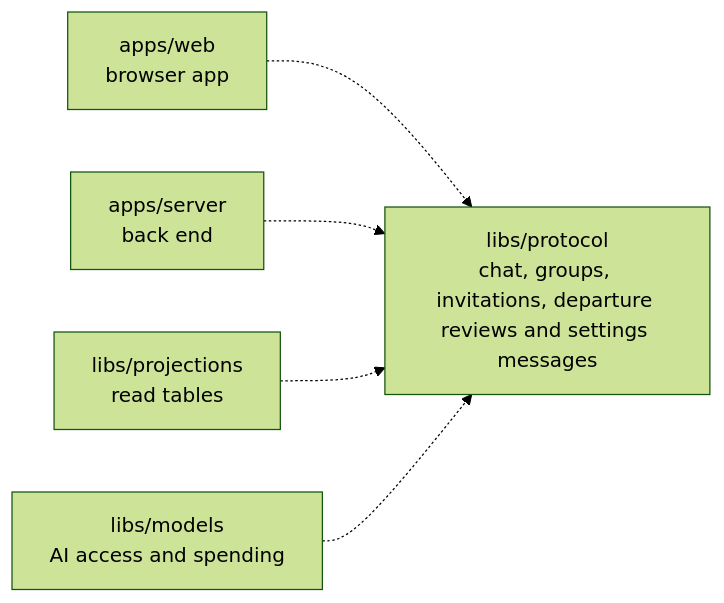
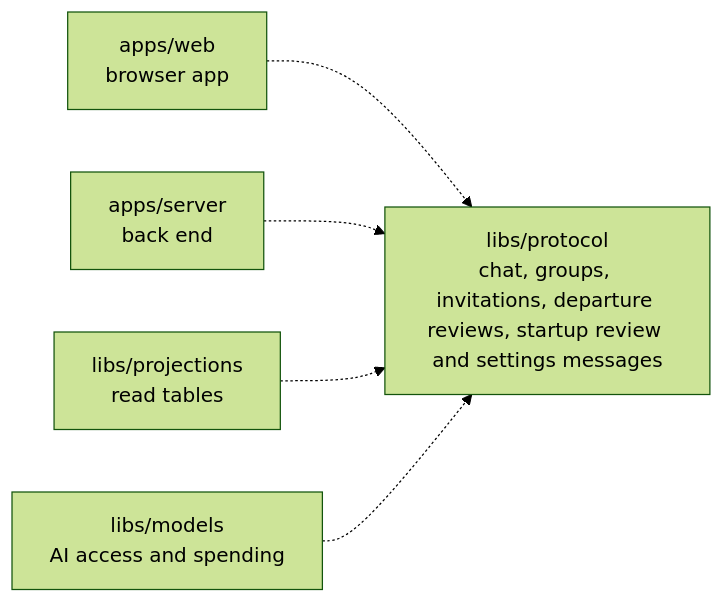
Before and after one commit to elewa-git/opencrane-new: the diagram in libs/protocol/README.md, drawn with Mermaid (forest theme). The commit also changed other lines of this file and 23 other files, not shown here.

````diff
--- a/libs/protocol/README.md
+++ b/libs/protocol/README.md
@@ -11,7 +11,7 @@
 ```mermaid
 flowchart LR
-  web["apps/web<br/>browser app"] -.-> protocol["libs/protocol<br/>chat, groups, invitations, departure reviews and settings messages"]
+  web["apps/web<br/>browser app"] -.-> protocol["libs/protocol<br/>chat, groups, invitations, departure reviews, startup review and settings messages"]
   server["apps/server<br/>back end"] -.-> protocol
   projections["libs/projections<br/>read tables"] -.-> protocol
   models["libs/models<br/>AI access and spending"] -.-> protocol
 ```
````
